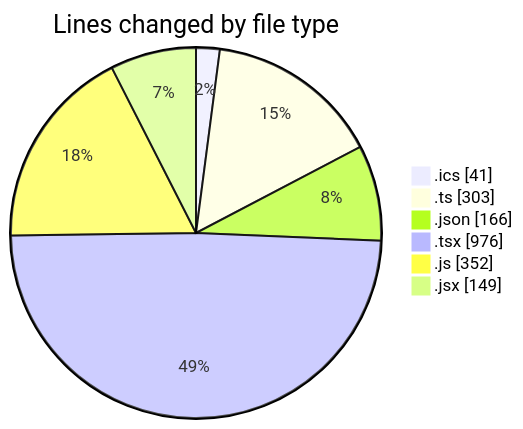
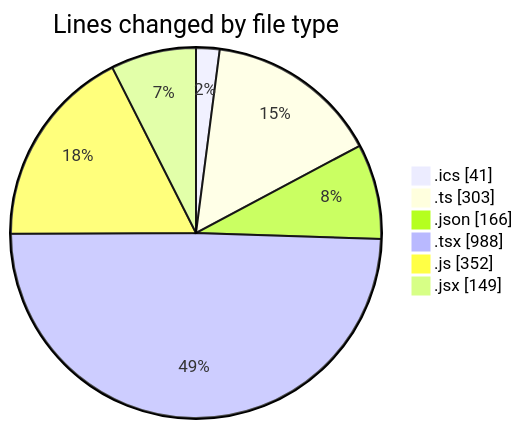
Before and after one commit to momahboobian/code-tracking: the first of 2 diagrams in 2025-10-28/cda/README.md, drawn with Mermaid. The commit also changed other lines of this file and 1 other file, not shown here.

````diff
--- a/2025-10-28/cda/README.md
+++ b/2025-10-28/cda/README.md
@@ -36,10 +36,10 @@
 ```mermaid
 pie showData
 title Lines changed by file type
 ".ics" : 41
 ".ts" : 303
 ".json" : 166
-".tsx" : 976
+".tsx" : 988
 ".js" : 352
 ".jsx" : 149
 ```
````
